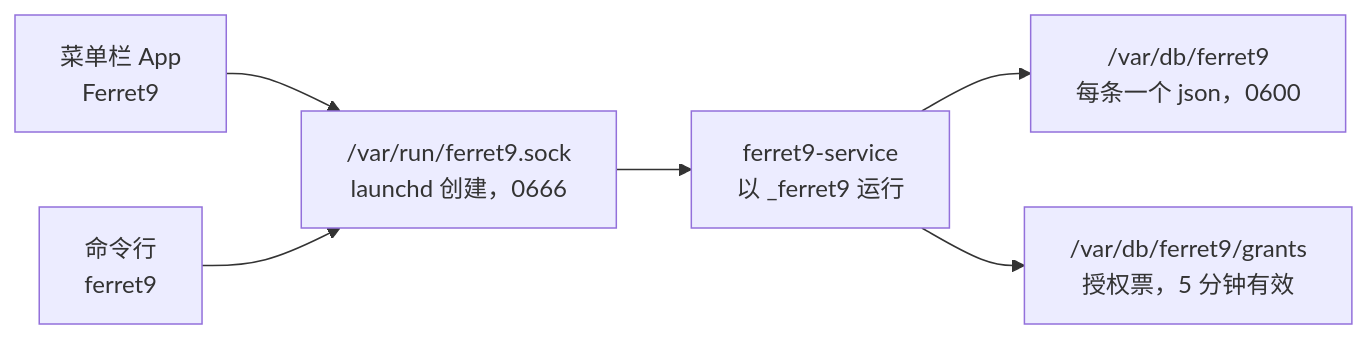
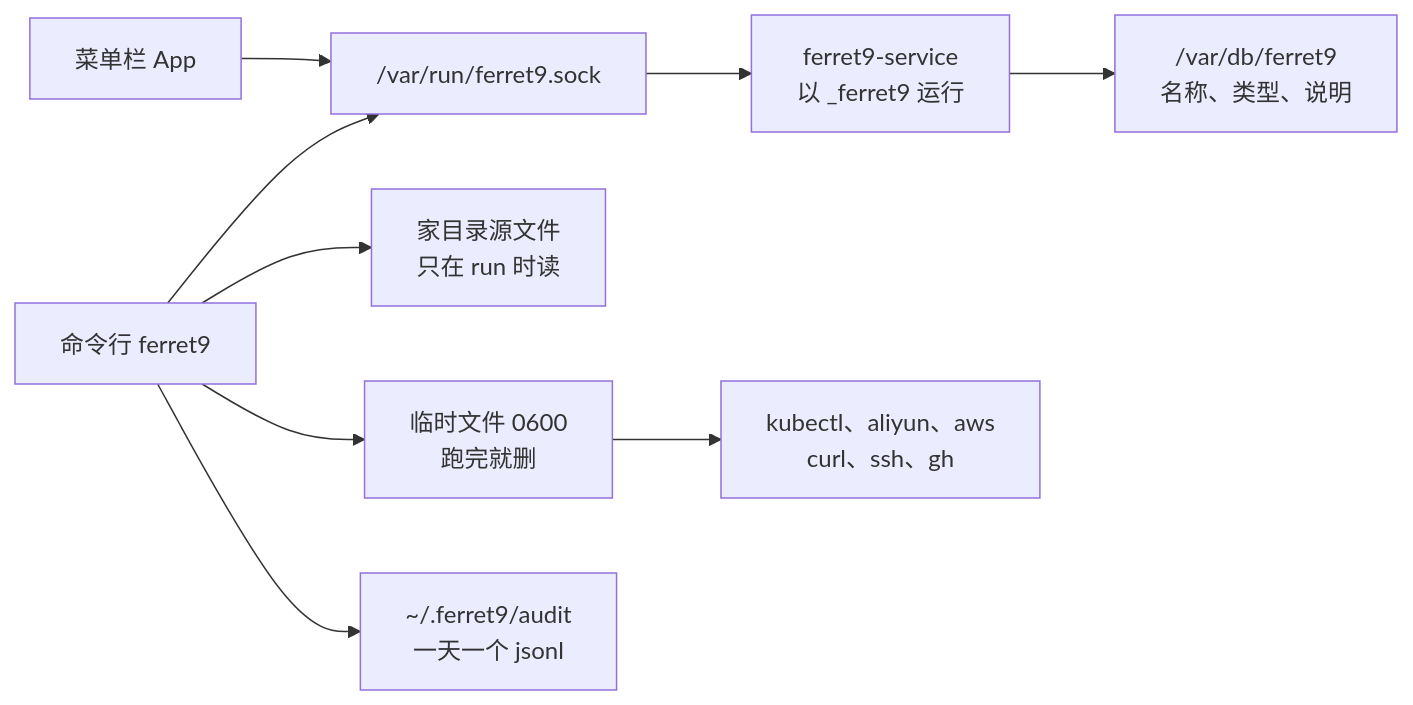
The diagram in docs/diagrams/components.mmd (pengzuhao/ferret9), drawn with Mermaid before and after one commit. The commit also changed 28 other files, not shown here.

Commit message:
feat: broker official CLIs by credential name and audit each run

```diff
--- a/docs/diagrams/components.mmd
+++ b/docs/diagrams/components.mmd
@@ -1,6 +1,9 @@
 flowchart LR
-    App["菜单栏 App<br/>Ferret9"] --> Sock["/var/run/ferret9.sock<br/>launchd 创建，0666"]
-    CLI["命令行<br/>ferret9"] --> Sock
+    App["菜单栏 App"] --> Sock["/var/run/ferret9.sock"]
+    CLI["命令行 ferret9"] --> Sock
     Sock --> Svc["ferret9-service<br/>以 _ferret9 运行"]
-    Svc --> Store["/var/db/ferret9<br/>每条一个 json，0600"]
-    Svc --> Grants["/var/db/ferret9/grants<br/>授权票，5 分钟有效"]
+    Svc --> Store["/var/db/ferret9<br/>名称、类型、说明"]
+    CLI --> Home["家目录源文件<br/>只在 run 时读"]
+    CLI --> Tmp["临时文件 0600<br/>跑完就删"]
+    Tmp --> Tool["kubectl、aliyun、aws<br/>curl、ssh、gh"]
+    CLI --> Audit["~/.ferret9/audit<br/>一天一个 jsonl"]
```
